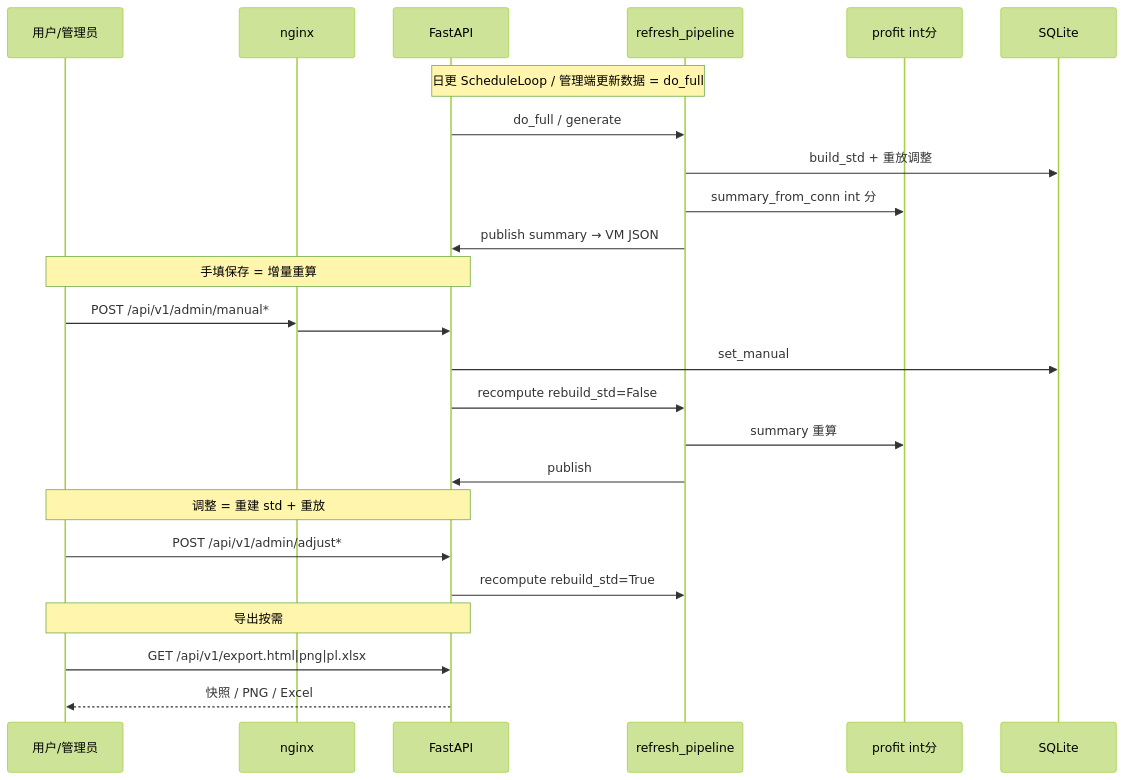
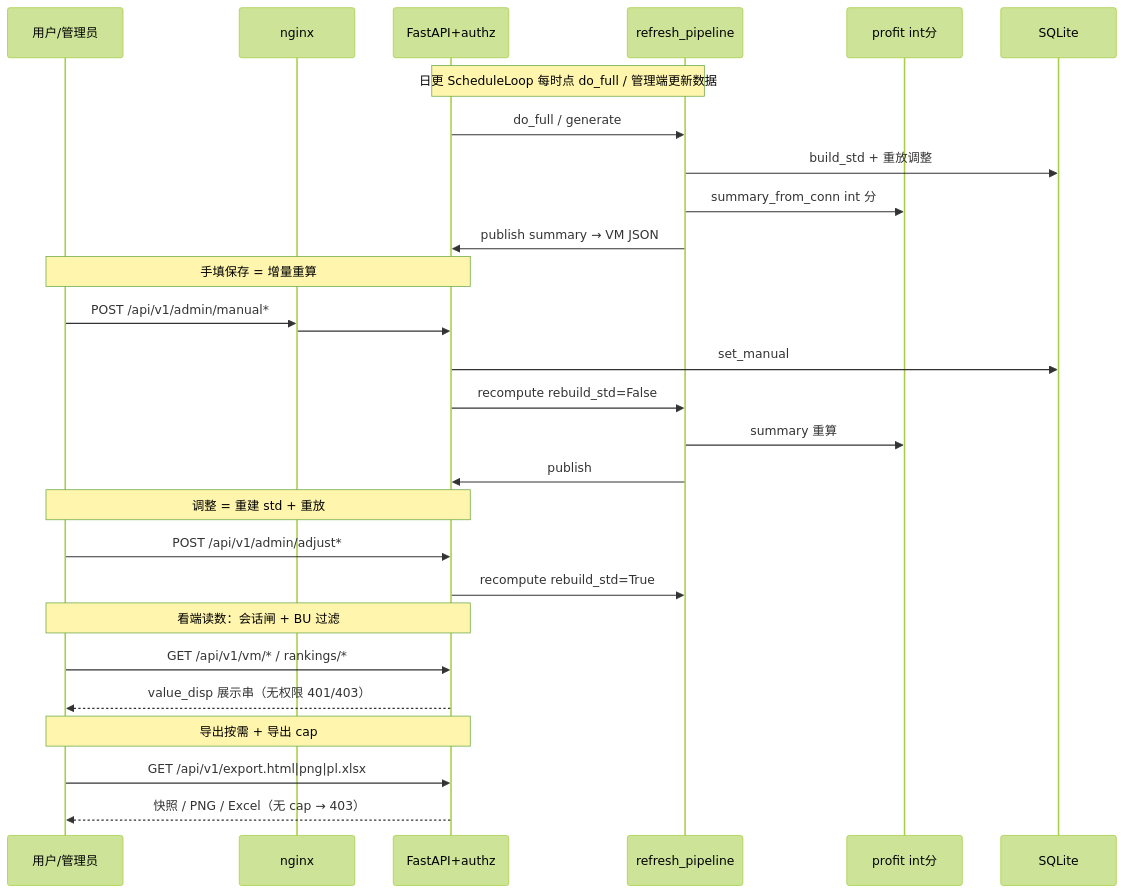
Before and after one commit to EvanLee2004/BI: the diagram in docs/设计图/03_详细设计_关键流程时序图.mmd, drawn with Mermaid (forest theme). The commit also changed 24 other files, not shown here.

First line of the commit message:
docs: perfect README + 3.7.19 architecture/auth diagrams

```diff
--- a/docs/设计图/03_详细设计_关键流程时序图.mmd
+++ b/docs/设计图/03_详细设计_关键流程时序图.mmd
@@ -1,30 +1,34 @@
-%% 关键流程时序 · VERSION 3.7.15 · 2026-08-05
+%% 关键流程时序 · VERSION 3.7.19 · 2026-08-08
 sequenceDiagram
   participant U as 用户/管理员
   participant N as nginx
-  participant A as FastAPI
+  participant A as FastAPI+authz
   participant R as refresh_pipeline
   participant P as profit int分
   participant D as SQLite
 
-  Note over A,R: 日更 ScheduleLoop / 管理端更新数据 = do_full
+  Note over A,R: 日更 ScheduleLoop 每时点 do_full / 管理端更新数据
   A->>R: do_full / generate
   R->>D: build_std + 重放调整
   R->>P: summary_from_conn int 分
   R->>A: publish summary → VM JSON
 
   Note over U,A: 手填保存 = 增量重算
   U->>N: POST /api/v1/admin/manual*
   N->>A: 
   A->>D: set_manual
   A->>R: recompute rebuild_std=False
   R->>P: summary 重算
   R->>A: publish
 
   Note over U,A: 调整 = 重建 std + 重放
   U->>A: POST /api/v1/admin/adjust*
   A->>R: recompute rebuild_std=True
 
-  Note over U,A: 导出按需
+  Note over U,A: 看端读数：会话闸 + BU 过滤
+  U->>A: GET /api/v1/vm/* / rankings/*
+  A-->>U: value_disp 展示串（无权限 401/403）
+
+  Note over U,A: 导出按需 + 导出 cap
   U->>A: GET /api/v1/export.html|png|pl.xlsx
-  A-->>U: 快照 / PNG / Excel
+  A-->>U: 快照 / PNG / Excel（无 cap → 403）
```
